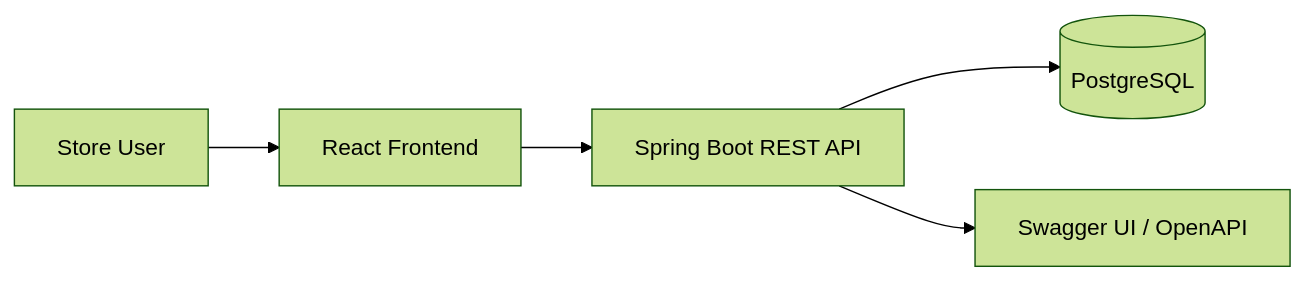
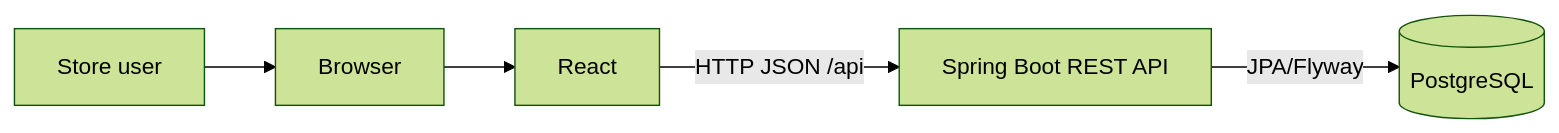
Before and after one commit to AngelicaGuerOl/pos-system: the first of 5 diagrams in docs/architecture.md, drawn with Mermaid (forest theme). The commit also changed other lines of this file and 19 other files, not shown here.

````diff
--- a/docs/architecture.md
+++ b/docs/architecture.md
@@ -9,7 +7,7 @@
 ```mermaid
 flowchart LR
-    User[Store User] --> Frontend[React Frontend]
-    Frontend --> Backend[Spring Boot REST API]
-    Backend --> Database[(PostgreSQL)]
-    Backend --> Swagger[Swagger UI / OpenAPI]
+    User[Store user] --> Browser[Browser]
+    Browser --> Frontend[React]
+    Frontend -->|HTTP JSON /api| Backend[Spring Boot REST API]
+    Backend -->|JPA/Flyway| DB[(PostgreSQL)]
 ```
````
